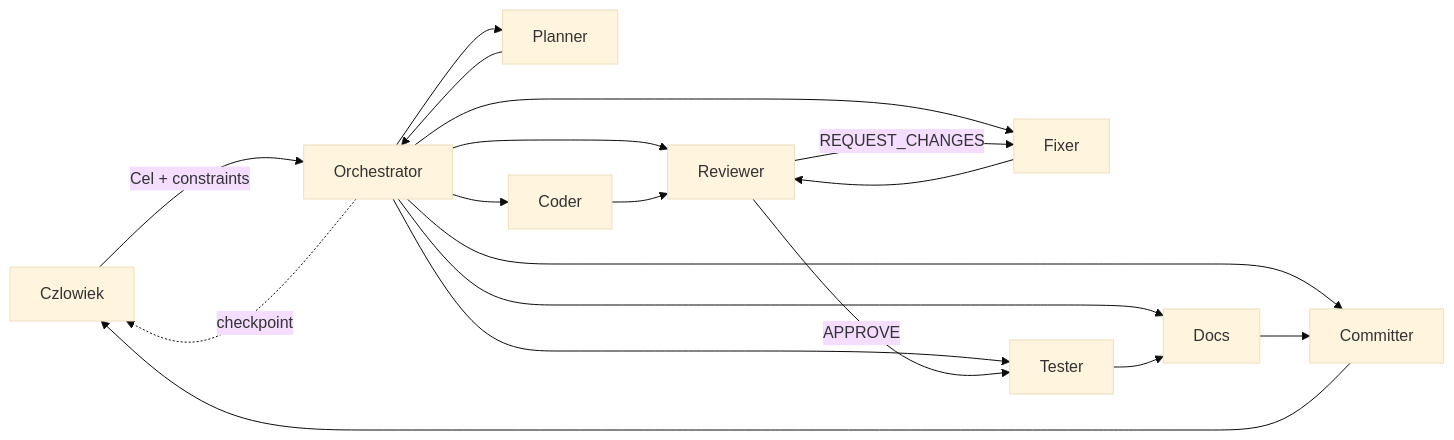
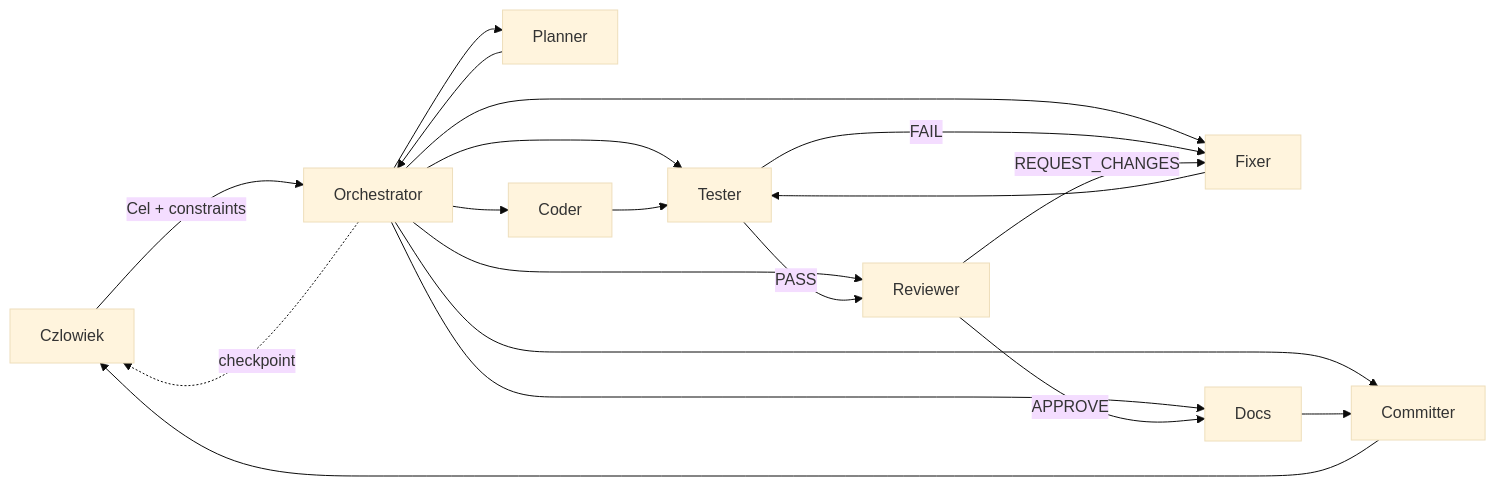
The first of 4 diagrams in factory/CONCEPT-DIAGRAMS.md (oramm/PS-nodeJS), drawn with Mermaid (base theme) before and after one commit. The commit also changed other lines of this file and 12 other files, not shown here.

````diff
--- a/factory/CONCEPT-DIAGRAMS.md
+++ b/factory/CONCEPT-DIAGRAMS.md
@@ -13,22 +13,23 @@
 ```mermaid
 flowchart LR
     H[Czlowiek] -->|Cel + constraints| O[Orchestrator]
     O --> P[Planner]
     O --> C[Coder]
     O --> R[Reviewer]
     O --> F[Fixer]
     O --> T[Tester]
     O --> D[Docs]
     O --> M[Committer]
 
     P --> O
-    C --> R
-    R -->|APPROVE| T
+    C --> T
+    T -->|PASS| R
+    T -->|FAIL| F
+    R -->|APPROVE| D
     R -->|REQUEST_CHANGES| F
-    F --> R
-    T --> D
+    F --> T
     D --> M
     M --> H
 
     O -. checkpoint .-> H
 ```
````
